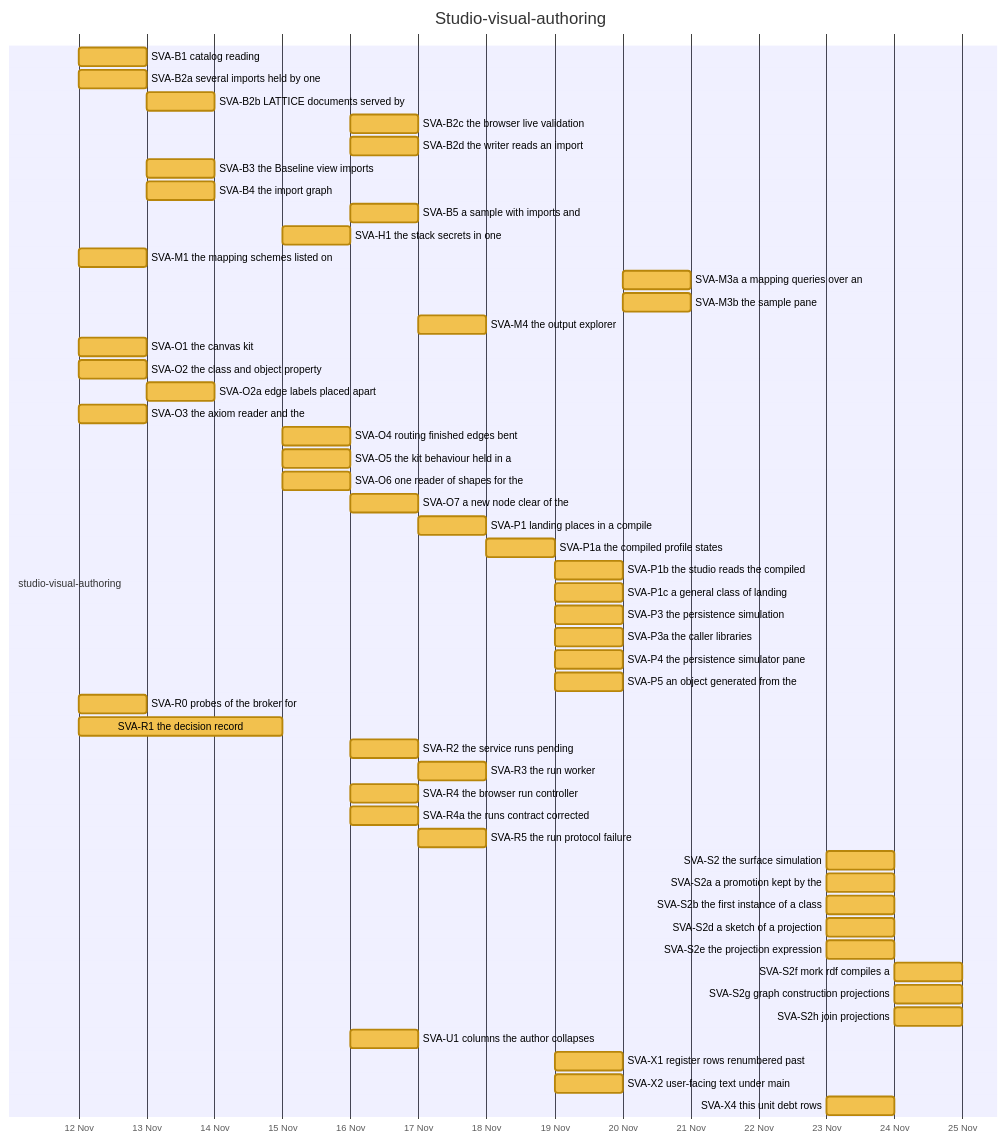
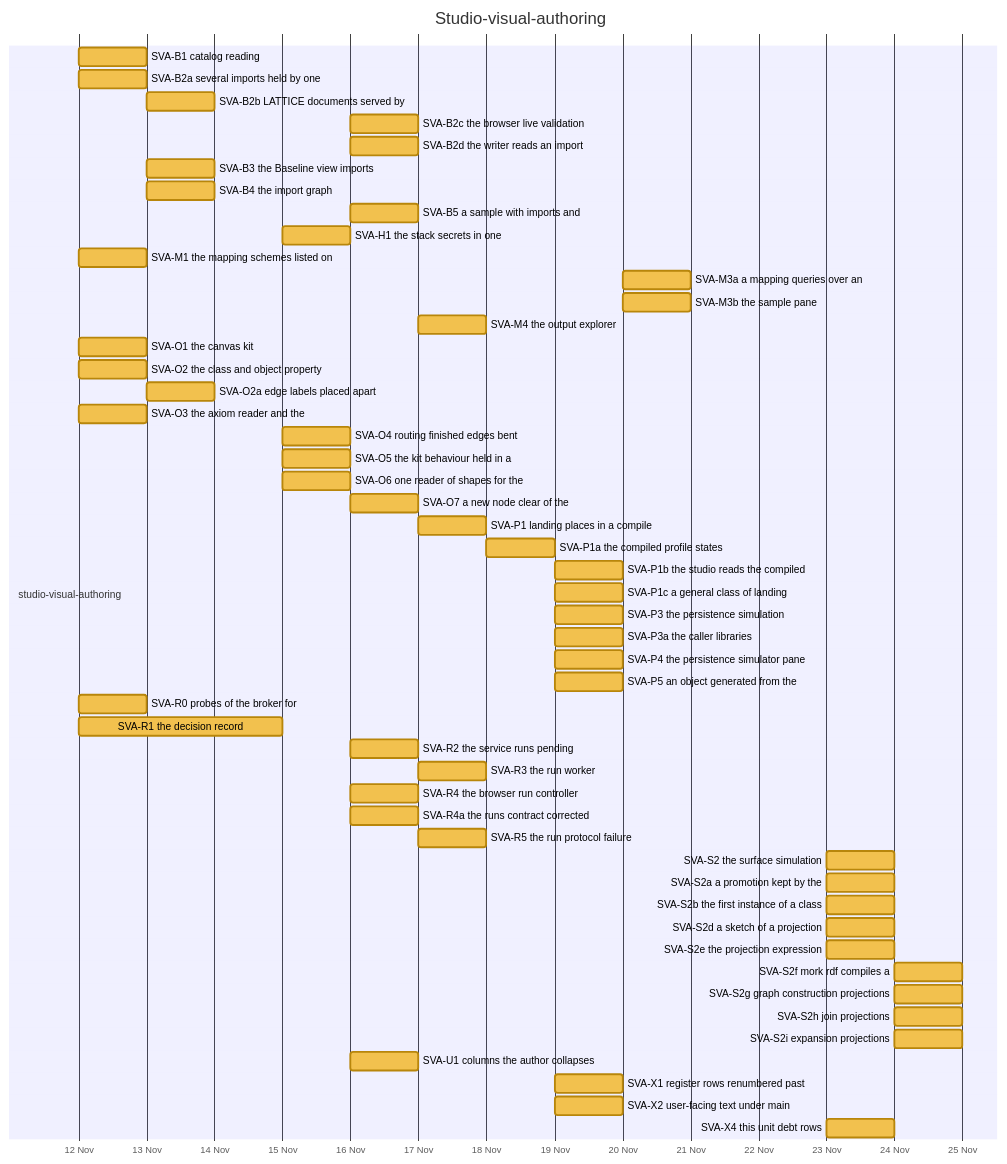
Before and after one commit to nebularis/lattice: diagram 16 of 32 in docs/developer/ROADMAP.md, drawn with Mermaid. The commit also changed other lines of this file, not shown here.

First line of the commit message:
[studio-visual-authoring] Refresh the roadmap's generated sections after SVA-S2i

````diff
--- a/docs/developer/ROADMAP.md
+++ b/docs/developer/ROADMAP.md
@@ -482,56 +482,57 @@
 ```mermaid
 %%{init: {"themeVariables": {"taskBkgColor": "#f2c14e", "taskBorderColor": "#b8860b", "taskTextColor": "#000000", "activeTaskBkgColor": "#4e9af1", "activeTaskBorderColor": "#1f5fbf", "activeTaskBorderColor": "#1f5fbf", "doneTaskBkgColor": "#8fcf8f", "doneTaskBorderColor": "#2f7d32", "critBkgColor": "#f28b82", "critBorderColor": "#b23a30", "taskTextDarkColor": "#000000", "taskTextLightColor": "#000000"}}}%%
 gantt
     title Studio-visual-authoring
     dateFormat YYYY-MM-DD
     axisFormat %d %b
     section studio-visual-authoring
     SVA-B1 catalog reading :svab1, 2026-11-12, 2026-11-13
     SVA-B2a several imports held by one :svab2a, 2026-11-12, 2026-11-13
     SVA-B2b LATTICE documents served by :svab2b, 2026-11-13, 2026-11-14
     SVA-B2c the browser live validation :svab2c, 2026-11-16, 2026-11-17
     SVA-B2d the writer reads an import :svab2d, 2026-11-16, 2026-11-17
     SVA-B3 the Baseline view imports :svab3, 2026-11-13, 2026-11-14
     SVA-B4 the import graph :svab4, 2026-11-13, 2026-11-14
     SVA-B5 a sample with imports and :svab5, 2026-11-16, 2026-11-17
     SVA-H1 the stack secrets in one :svah1, 2026-11-15, 2026-11-16
     SVA-M1 the mapping schemes listed on :svam1, 2026-11-12, 2026-11-13
     SVA-M3a a mapping queries over an :svam3a, 2026-11-20, 2026-11-21
     SVA-M3b the sample pane :svam3b, 2026-11-20, 2026-11-21
     SVA-M4 the output explorer :svam4, 2026-11-17, 2026-11-18
     SVA-O1 the canvas kit :svao1, 2026-11-12, 2026-11-13
     SVA-O2 the class and object property :svao2, 2026-11-12, 2026-11-13
     SVA-O2a edge labels placed apart :svao2a, 2026-11-13, 2026-11-14
     SVA-O3 the axiom reader and the :svao3, 2026-11-12, 2026-11-13
     SVA-O4 routing finished edges bent :svao4, 2026-11-15, 2026-11-16
     SVA-O5 the kit behaviour held in a :svao5, 2026-11-15, 2026-11-16
     SVA-O6 one reader of shapes for the :svao6, 2026-11-15, 2026-11-16
     SVA-O7 a new node clear of the :svao7, 2026-11-16, 2026-11-17
     SVA-P1 landing places in a compile :svap1, 2026-11-17, 2026-11-18
     SVA-P1a the compiled profile states :svap1a, 2026-11-18, 2026-11-19
     SVA-P1b the studio reads the compiled :svap1b, 2026-11-19, 2026-11-20
     SVA-P1c a general class of landing :svap1c, 2026-11-19, 2026-11-20
     SVA-P3 the persistence simulation :svap3, 2026-11-19, 2026-11-20
     SVA-P3a the caller libraries :svap3a, 2026-11-19, 2026-11-20
     SVA-P4 the persistence simulator pane :svap4, 2026-11-19, 2026-11-20
     SVA-P5 an object generated from the :svap5, 2026-11-19, 2026-11-20
     SVA-R0 probes of the broker for :svar0, 2026-11-12, 2026-11-13
     SVA-R1 the decision record :svar1, 2026-11-12, 2026-11-15
     SVA-R2 the service runs pending :svar2, 2026-11-16, 2026-11-17
     SVA-R3 the run worker :svar3, 2026-11-17, 2026-11-18
     SVA-R4 the browser run controller :svar4, 2026-11-16, 2026-11-17
     SVA-R4a the runs contract corrected :svar4a, 2026-11-16, 2026-11-17
     SVA-R5 the run protocol failure :svar5, 2026-11-17, 2026-11-18
     SVA-S2 the surface simulation :svas2, 2026-11-23, 2026-11-24
     SVA-S2a a promotion kept by the :svas2a, 2026-11-23, 2026-11-24
     SVA-S2b the first instance of a class :svas2b, 2026-11-23, 2026-11-24
     SVA-S2d a sketch of a projection :svas2d, 2026-11-23, 2026-11-24
     SVA-S2e the projection expression :svas2e, 2026-11-23, 2026-11-24
     SVA-S2f mork rdf compiles a :svas2f, 2026-11-24, 2026-11-25
     SVA-S2g graph construction projections :svas2g, 2026-11-24, 2026-11-25
     SVA-S2h join projections :svas2h, 2026-11-24, 2026-11-25
+    SVA-S2i expansion projections :svas2i, 2026-11-24, 2026-11-25
     SVA-U1 columns the author collapses :svau1, 2026-11-16, 2026-11-17
     SVA-X1 register rows renumbered past :svax1, 2026-11-19, 2026-11-20
     SVA-X2 user-facing text under main :svax2, 2026-11-19, 2026-11-20
     SVA-X4 this unit debt rows :svax4, 2026-11-23, 2026-11-24
 ```
````
